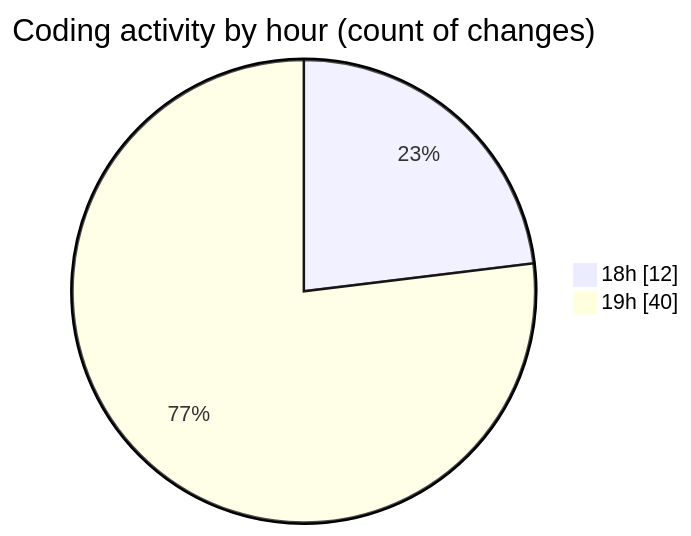
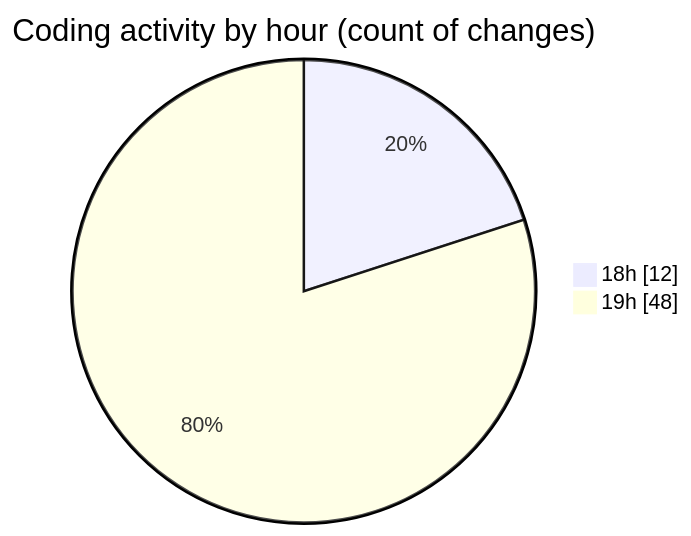
Before and after one commit to MatusMokan/code-tracking: the second of 2 diagrams in 2025-03-14/myws__workspace_/README.md, drawn with Mermaid. The commit also changed other lines of this file and 1 other file, not shown here.

````diff
--- a/2025-03-14/myws__workspace_/README.md
+++ b/2025-03-14/myws__workspace_/README.md
@@ -30,6 +30,6 @@
 ```mermaid
 pie showData
 title Coding activity by hour (count of changes)
 "18h" : 12
-"19h" : 40
+"19h" : 48
 ```
````
